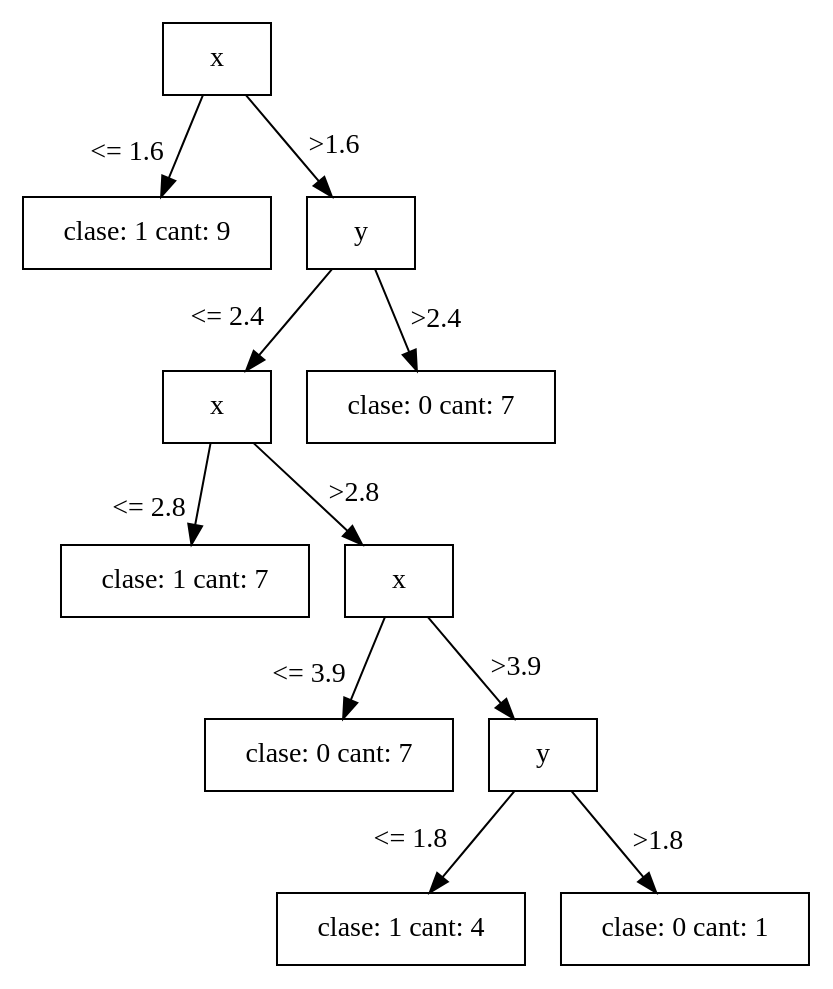
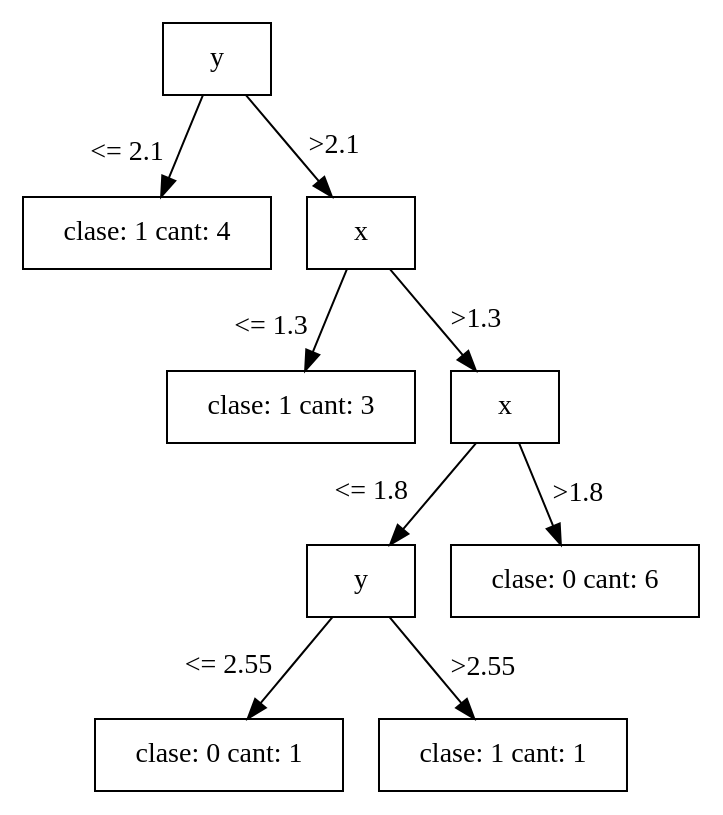
One commit to gabrielhruza/iatpi changed the diagram in arbol.gv. Above: the diagram before and after it, drawn with Graphviz. The commit also changed 9 other files, not shown here.

```diff
--- a/arbol.gv
+++ b/arbol.gv
@@ -1,25 +1,21 @@
 digraph "mi arbol" {
 	size=8.5
 	node [shape=box]
-	0 [label=x]
-	0 -> 1 [headlabel="<= 1.6" labelangle=60 labeldistance=2.8]
-	0 -> 2 [label=">1.6"]
-	1 [label="clase: 1 cant: 9"]
-	2 [label=y]
-	2 -> 3 [headlabel="<= 2.4" labelangle=60 labeldistance=2.8]
-	2 -> 10 [label=">2.4"]
-	3 [label=x]
-	3 -> 4 [headlabel="<= 2.8" labelangle=60 labeldistance=2.8]
-	3 -> 5 [label=">2.8"]
-	4 [label="clase: 1 cant: 7"]
-	5 [label=x]
-	5 -> 6 [headlabel="<= 3.9" labelangle=60 labeldistance=2.8]
-	5 -> 7 [label=">3.9"]
-	6 [label="clase: 0 cant: 7"]
-	7 [label=y]
-	7 -> 8 [headlabel="<= 1.8" labelangle=60 labeldistance=2.8]
-	7 -> 9 [label=">1.8"]
-	8 [label="clase: 1 cant: 4"]
-	9 [label="clase: 0 cant: 1"]
-	10 [label="clase: 0 cant: 7"]
+	0 [label=y]
+	0 -> 1 [headlabel="<= 2.1" labelangle=60 labeldistance=2.8]
+	0 -> 2 [label=">2.1"]
+	1 [label="clase: 1 cant: 4"]
+	2 [label=x]
+	2 -> 3 [headlabel="<= 1.3" labelangle=60 labeldistance=2.8]
+	2 -> 4 [label=">1.3"]
+	3 [label="clase: 1 cant: 3"]
+	4 [label=x]
+	4 -> 5 [headlabel="<= 1.8" labelangle=60 labeldistance=2.8]
+	4 -> 8 [label=">1.8"]
+	5 [label=y]
+	5 -> 6 [headlabel="<= 2.55" labelangle=60 labeldistance=2.8]
+	5 -> 7 [label=">2.55"]
+	6 [label="clase: 0 cant: 1"]
+	7 [label="clase: 1 cant: 1"]
+	8 [label="clase: 0 cant: 6"]
 }
```
